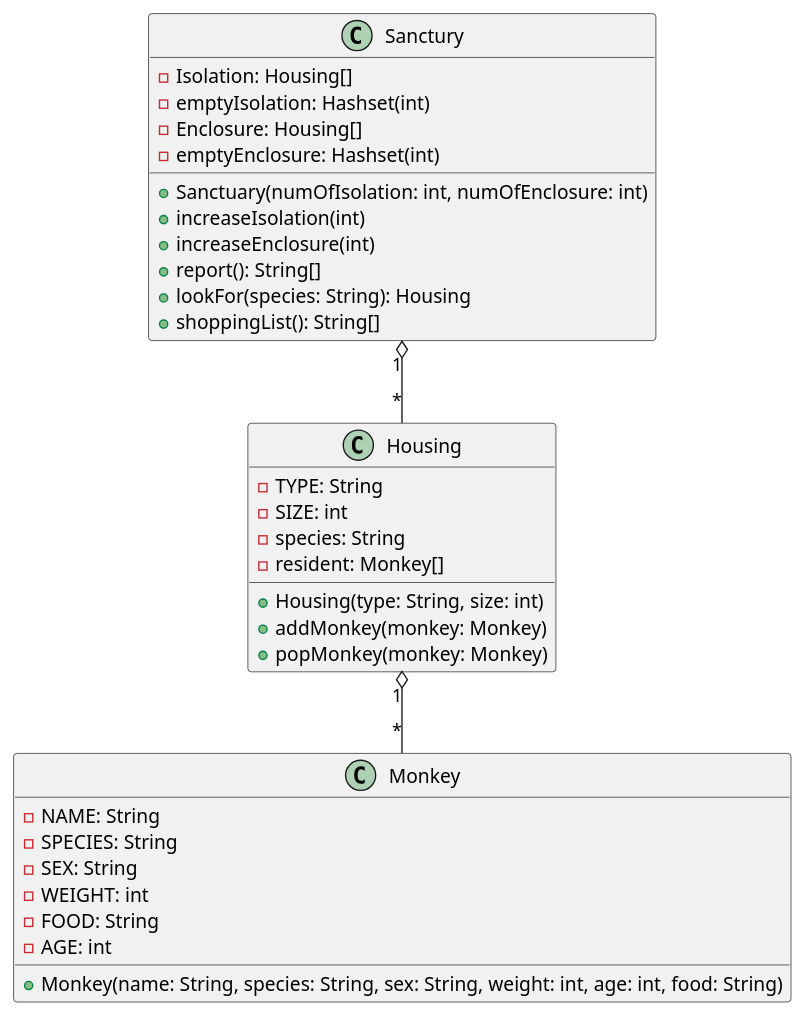
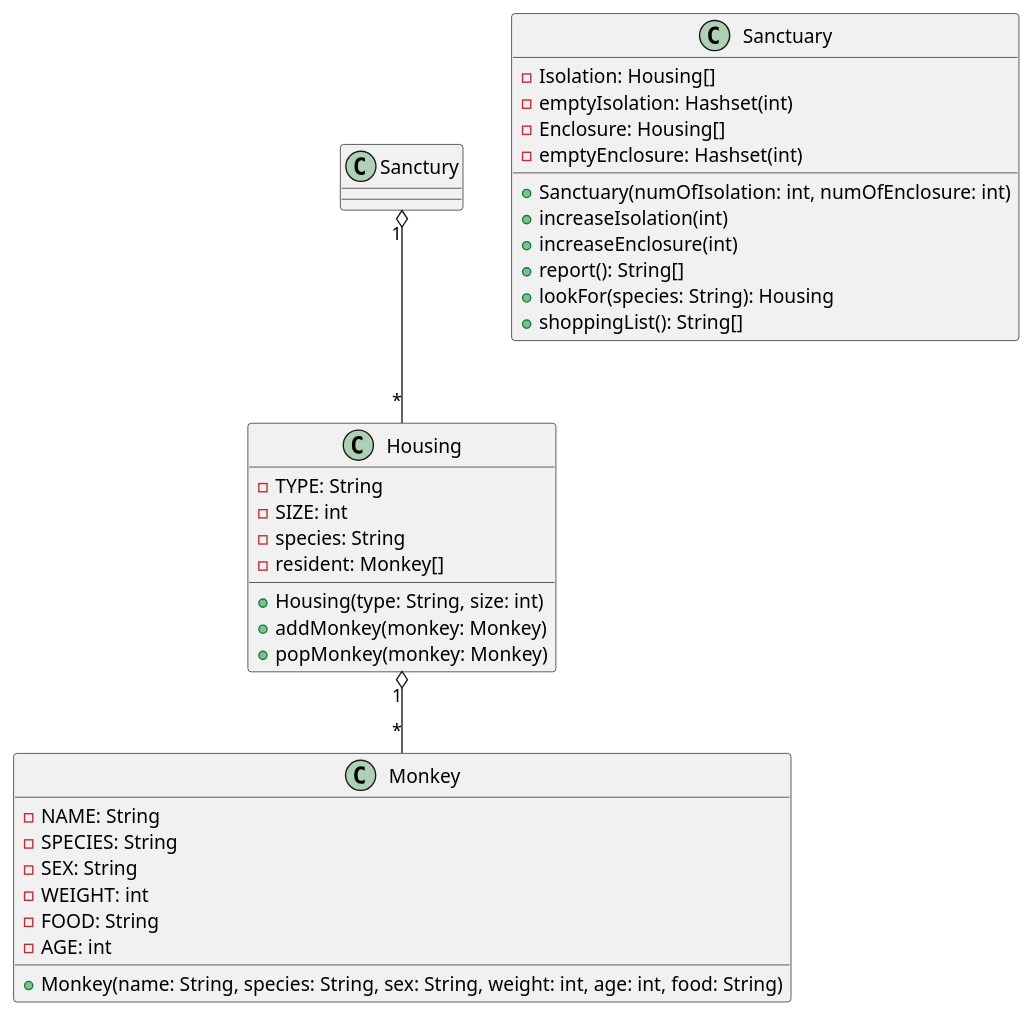
The diagram in project1/uml.puml (ZongyuWu97/CS5010), drawn with PlantUML before and after one commit. The commit also changed 232 other files, not shown here.

```diff
--- a/project1/uml.puml
+++ b/project1/uml.puml
@@ -1,37 +1,37 @@
 @startuml
 class Housing {
 -TYPE: String
 -SIZE: int
 -species: String
 -resident: Monkey[]
 +Housing(type: String, size: int)
 +addMonkey(monkey: Monkey)
 +popMonkey(monkey: Monkey)
 }
 
 class Monkey {
 -NAME: String
 -SPECIES: String
 -SEX: String
 -WEIGHT: int
 -FOOD: String
 -AGE: int
 +Monkey(name: String, species: String, sex: String, weight: int, age: int, food: String)
 }
 
-class Sanctury {
+class Sanctuary {
 -Isolation: Housing[]
 -{field} emptyIsolation: Hashset(int)
 -Enclosure: Housing[]
 -{field} emptyEnclosure: Hashset(int)
 +Sanctuary(numOfIsolation: int, numOfEnclosure: int)
 +increaseIsolation(int)
 +increaseEnclosure(int)
 +report(): String[]
 +lookFor(species: String): Housing
 +shoppingList(): String[]
 }
 
 Housing "1" o-- "*" Monkey
 Sanctury "1" o-- "*" Housing
 @enduml
```
